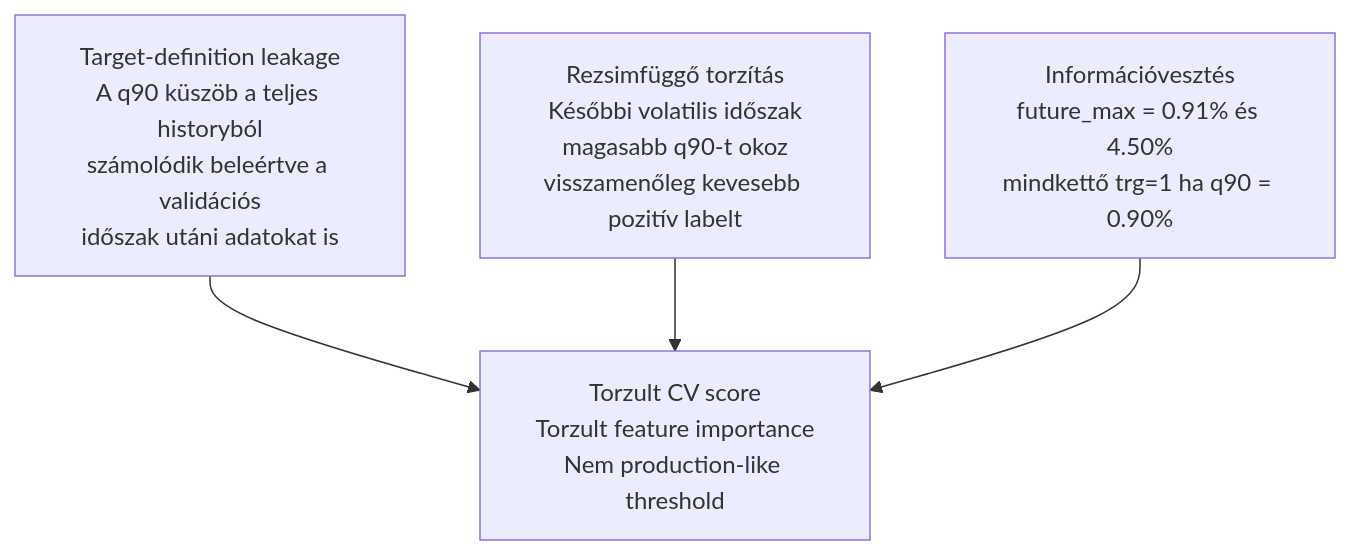
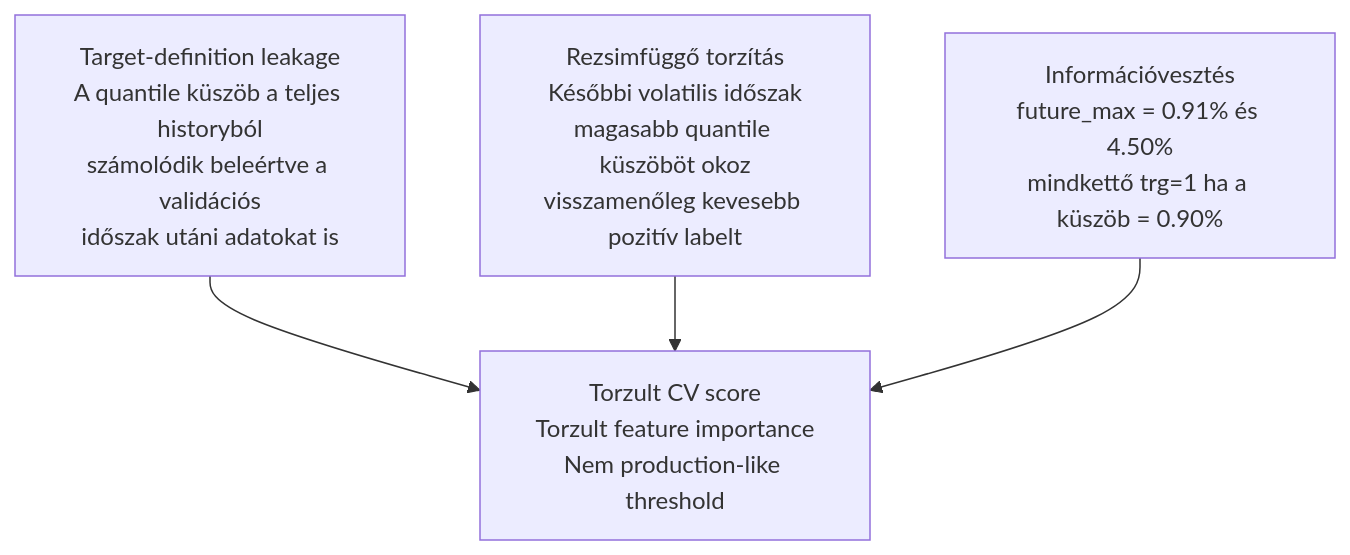
One commit to Nemesis14/chronoquant changed the third of 5 diagrams in _doc_/3000_targets.md. Above: the diagram before and after it, drawn with Mermaid. The commit also changed other lines of this file and 1226 other files, not shown here.

````diff
--- a/_doc_/3000_targets.md
+++ b/_doc_/3000_targets.md
@@ -83,7 +83,7 @@
 ```mermaid
 graph TD
-  P1[Target-definition leakage\nA q90 küszöb a teljes historyból\nszámolódik beleértve a validációs\nidőszak utáni adatokat is]
-  P2[Rezsimfüggő torzítás\nKésőbbi volatilis időszak\nmagasabb q90-t okoz\nvisszamenőleg kevesebb pozitív labelt]
-  P3[Információvesztés\nfuture_max = 0.91% és 4.50%\nmindkettő trg=1 ha q90 = 0.90%]
+  P1[Target-definition leakage\nA quantile küszöb a teljes historyból\nszámolódik beleértve a validációs\nidőszak utáni adatokat is]
+  P2[Rezsimfüggő torzítás\nKésőbbi volatilis időszak\nmagasabb quantile küszöböt okoz\nvisszamenőleg kevesebb pozitív labelt]
+  P3[Információvesztés\nfuture_max = 0.91% és 4.50%\nmindkettő trg=1 ha a küszöb = 0.90%]
   P1 & P2 & P3 --> EFFECT[Torzult CV score\nTorzult feature importance\nNem production-like threshold]
 ```
````
